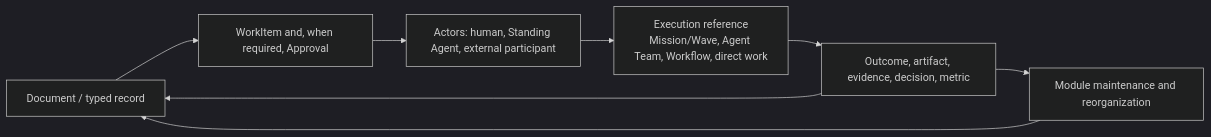
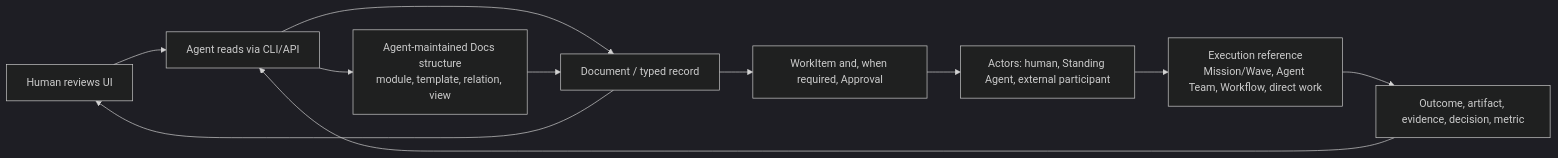
The diagram in docs/company-os/document-system.md (cyl19970726/multi-agent-harness), drawn with Mermaid (dark theme) before and after one commit. The commit also changed other lines of this file and 93 other files, not shown here.

````diff
--- a/docs/company-os/document-system.md
+++ b/docs/company-os/document-system.md
@@ -27,10 +77,13 @@
 ```mermaid
 flowchart LR
-  D["Document / typed record"] --> W["WorkItem and, when required, Approval"]
+  U["Human reviews UI"] --> C["Agent reads via CLI/API"]
+  C --> D["Document / typed record"]
+  D --> W["WorkItem and, when required, Approval"]
   W --> A["Actors: human, Standing Agent, external participant"]
   A --> E["Execution reference\nMission/Wave, Agent Team, Workflow, direct work"]
   E --> R["Outcome, artifact, evidence, decision, metric"]
-  R --> D
-  R --> M["Module maintenance and reorganization"]
+  R --> C
+  C --> M["Agent-maintained Docs structure\nmodule, template, relation, view"]
   M --> D
+  D --> U
 ```
````
